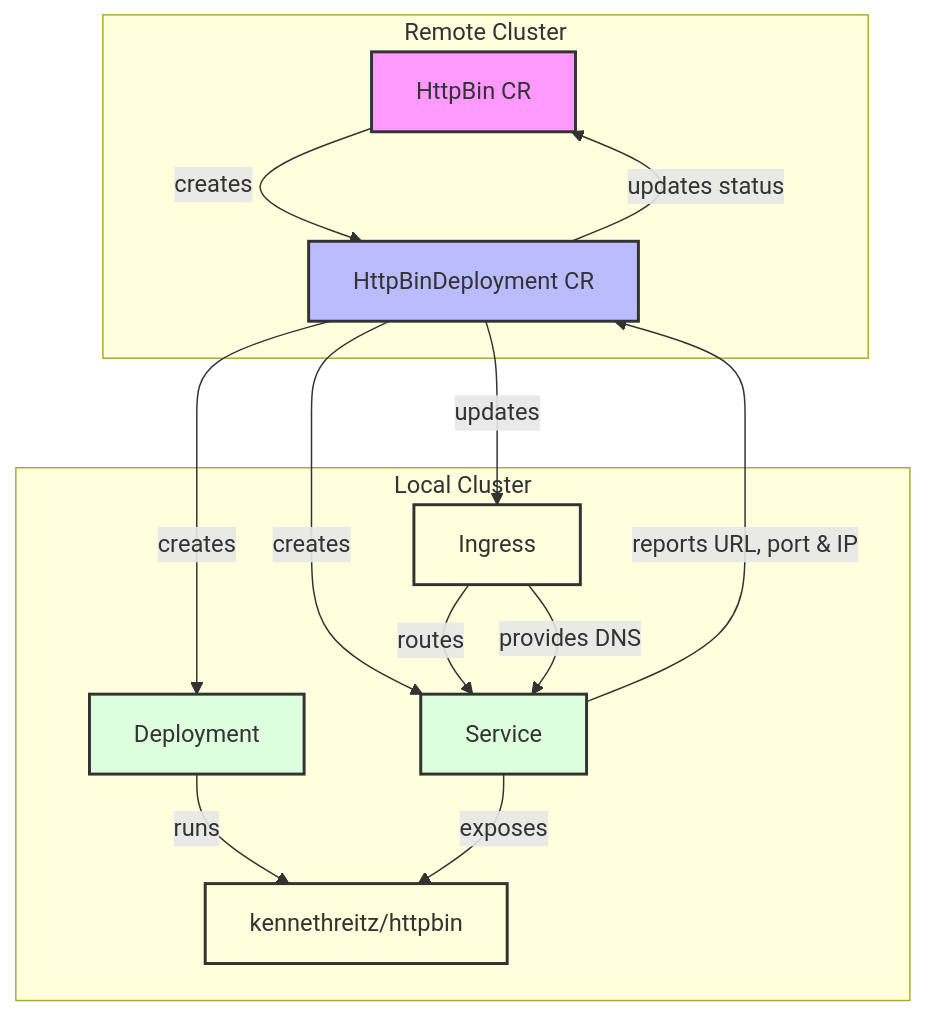
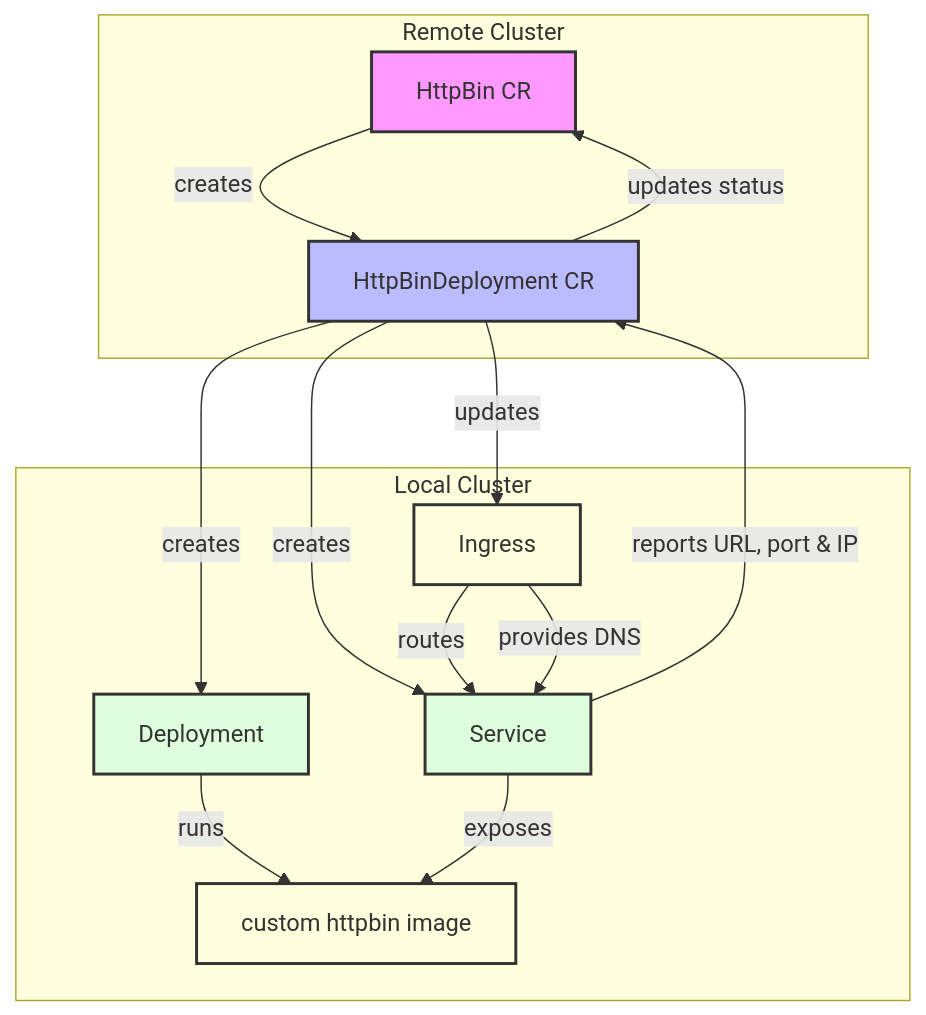
One commit to platform-mesh/example-httpbin-operator changed the diagram in README.md. Above: the diagram before and after it, drawn with Mermaid. The commit also changed other lines of this file, not shown here.

````diff
--- a/README.md
+++ b/README.md
@@ -14,25 +14,25 @@
 ```mermaid
 graph TB
     subgraph Remote Cluster
         A[HttpBin CR] -->|creates| B[HttpBinDeployment CR]
         B -->|updates status| A
     end
 
     subgraph Local Cluster
         B -->|creates| C[Deployment]
         B -->|creates| D[Service]
         B -->|updates| E[Ingress]
-        C -->|runs| F[kennethreitz/httpbin]
+        C -->|runs| F[custom httpbin image]
         D -->|exposes| F
         E -->|routes| D
         D -->|reports URL, port & IP| B
         E -->|provides DNS| D
     end
 
     style A fill:#f9f,stroke:#333,stroke-width:2px
     style B fill:#bbf,stroke:#333,stroke-width:2px
     style C fill:#dfd,stroke:#333,stroke-width:2px
     style D fill:#dfd,stroke:#333,stroke-width:2px
     style E fill:#ffd,stroke:#333,stroke-width:2px
     style F fill:#ffd,stroke:#333,stroke-width:2px
 ```
````
